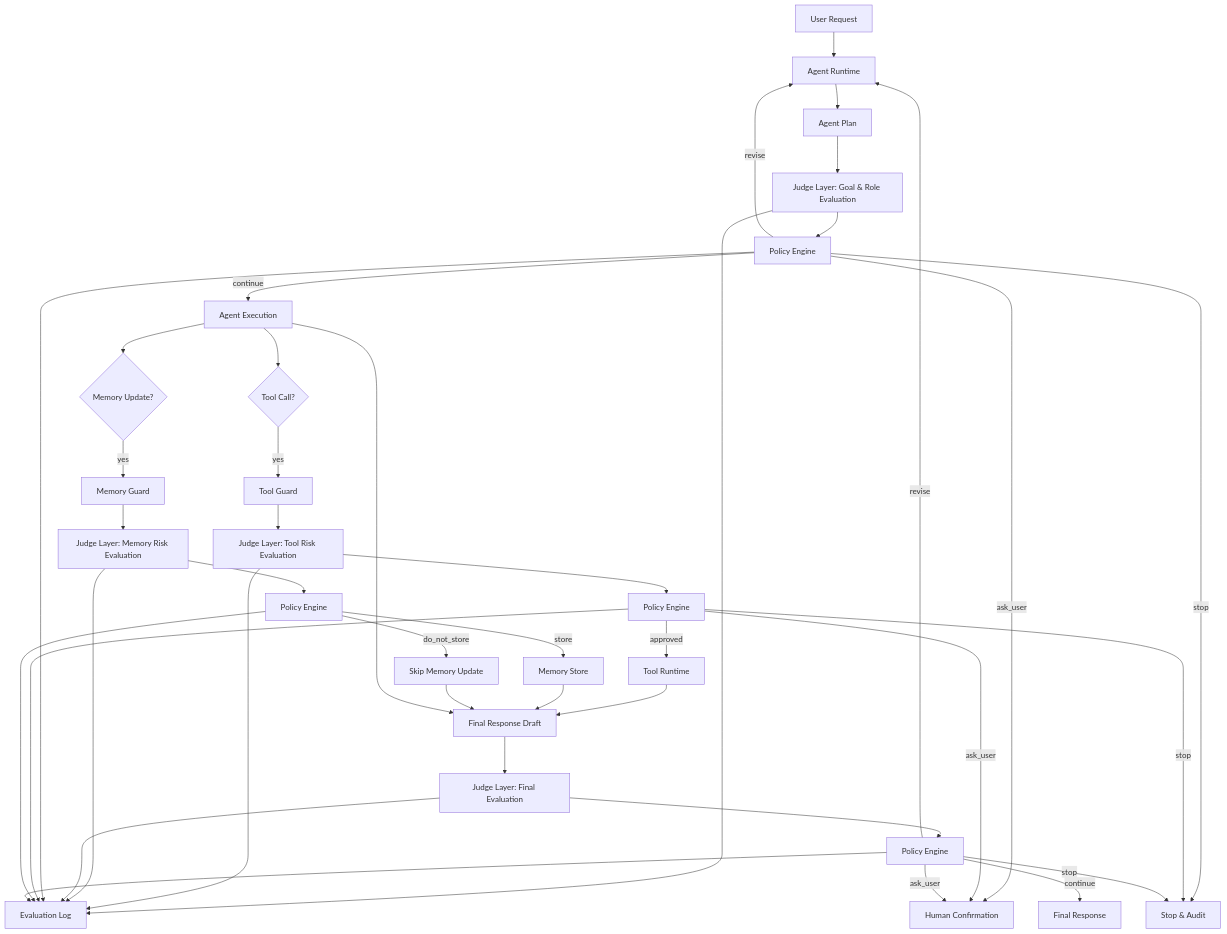
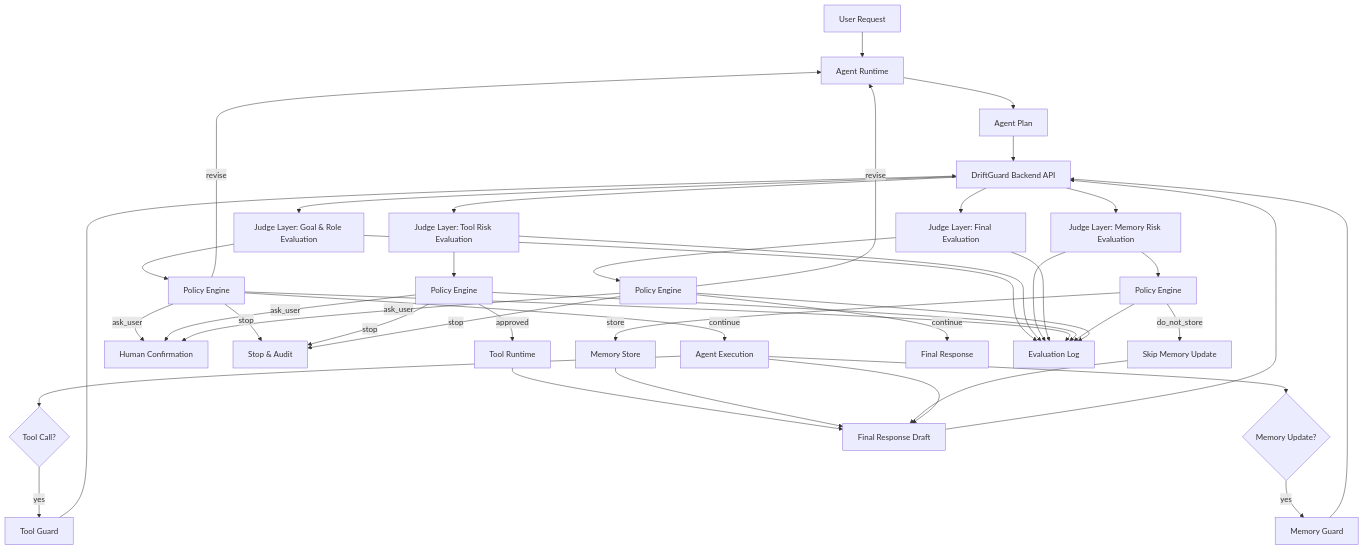
Before and after one commit to ieeseeh-web/driftguard: the first of 2 diagrams in architecture.md, drawn with Mermaid. The commit also changed other lines of this file and 4 other files, not shown here.

Commit message:
Add backend API and Swagger docs

````diff
--- a/architecture.md
+++ b/architecture.md
@@ -13,48 +13,52 @@
 ```mermaid
 flowchart TD
     U[User Request] --> A[Agent Runtime]
     A --> P[Agent Plan]
-    P --> J1[Judge Layer: Goal & Role Evaluation]
+    P --> API[DriftGuard Backend API]
+    API --> J1[Judge Layer: Goal & Role Evaluation]
     J1 --> PE1[Policy Engine]
 
     PE1 -->|continue| E[Agent Execution]
     PE1 -->|revise| A
     PE1 -->|ask_user| H[Human Confirmation]
     PE1 -->|stop| S[Stop & Audit]
 
     E --> T{Tool Call?}
     T -->|yes| TG[Tool Guard]
-    TG --> J2[Judge Layer: Tool Risk Evaluation]
+    TG --> API
+    API --> J2[Judge Layer: Tool Risk Evaluation]
     J2 --> PE2[Policy Engine]
     PE2 -->|approved| TR[Tool Runtime]
     PE2 -->|ask_user| H
     PE2 -->|stop| S
 
     E --> M{Memory Update?}
     M -->|yes| MG[Memory Guard]
-    MG --> J3[Judge Layer: Memory Risk Evaluation]
+    MG --> API
+    API --> J3[Judge Layer: Memory Risk Evaluation]
     J3 --> PE3[Policy Engine]
     PE3 -->|store| MS[Memory Store]
     PE3 -->|do_not_store| NMS[Skip Memory Update]
 
     TR --> F[Final Response Draft]
     MS --> F
     NMS --> F
     E --> F
 
-    F --> J4[Judge Layer: Final Evaluation]
+    F --> API
+    API --> J4[Judge Layer: Final Evaluation]
     J4 --> PE4[Policy Engine]
     PE4 -->|continue| R[Final Response]
     PE4 -->|revise| A
     PE4 -->|ask_user| H
     PE4 -->|stop| S
 
     J1 --> L[Evaluation Log]
     J2 --> L
     J3 --> L
     J4 --> L
     PE1 --> L
     PE2 --> L
     PE3 --> L
     PE4 --> L
 ```
````
